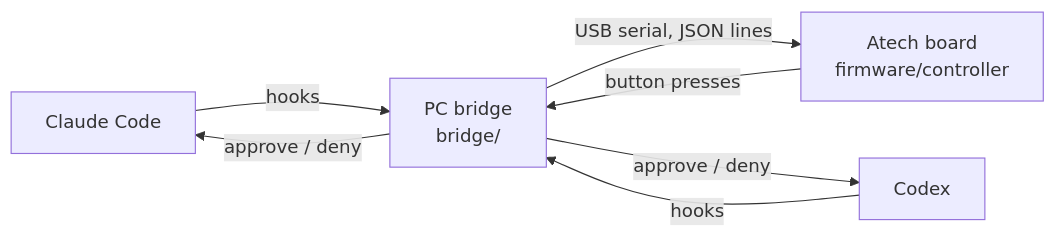
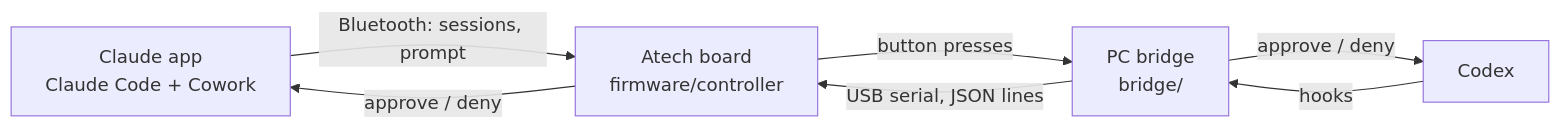
One commit to lidalbak/hackathon changed the diagram in README.md. Above: the diagram before and after it, drawn with Mermaid. The commit also changed other lines of this file and 3 other files, not shown here.

First line of the commit message:
Connect the Claude desktop app over Bluetooth; compact screen layout

````diff
--- a/README.md
+++ b/README.md
@@ -23,9 +23,9 @@
 ```mermaid
 flowchart LR
-    CC[Claude Code] -- hooks --> BR
+    CA[Claude app<br/>Claude Code + Cowork] -- "Bluetooth: sessions, prompt" --> FW
+    FW -- "approve / deny" --> CA
     CX[Codex] -- hooks --> BR
     BR[PC bridge<br/>bridge/] -- "USB serial, JSON lines" --> FW[Atech board<br/>firmware/controller]
     FW -- "button presses" --> BR
-    BR -- "approve / deny" --> CC
     BR -- "approve / deny" --> CX
 ```
````
